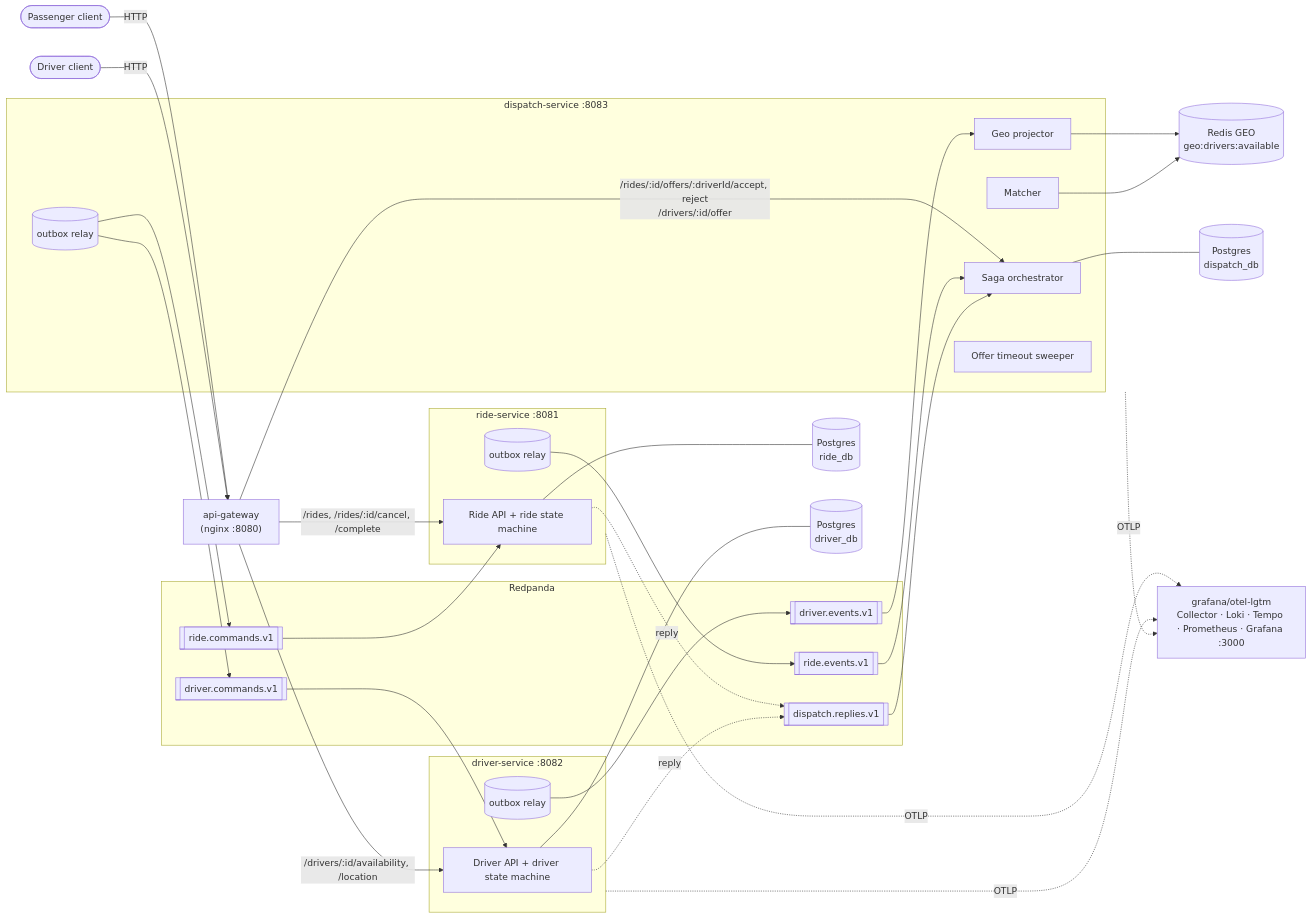
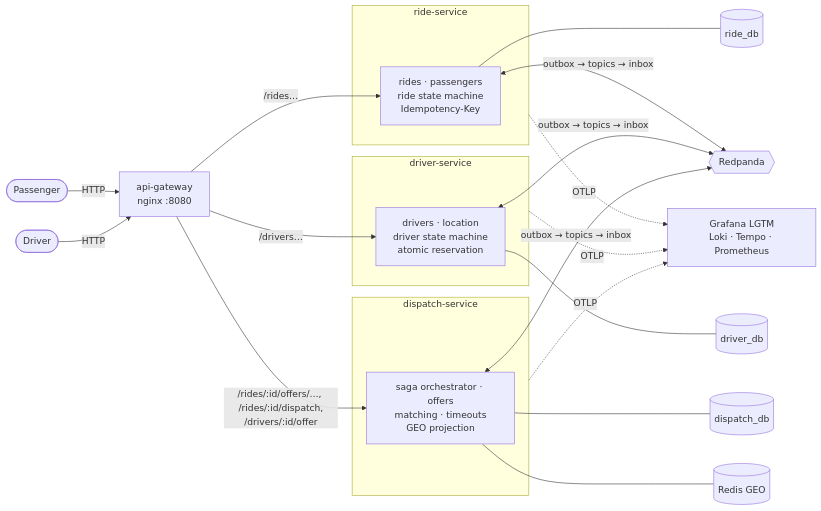
The second of 8 diagrams in coding-challenge-3/kvp/docs/architecture.md (khoaphan-tw/coding-challenges), drawn with Mermaid before and after one commit. The commit also changed other lines of this file and 25 other files, not shown here.

````diff
--- a/coding-challenge-3/kvp/docs/architecture.md
+++ b/coding-challenge-3/kvp/docs/architecture.md
@@ -11,55 +57,31 @@
 ```mermaid
 flowchart LR
-    P([Passenger client]) -->|HTTP| GW
-    D([Driver client]) -->|HTTP| GW
+    P([Passenger]) -->|HTTP| GW
+    D([Driver]) -->|HTTP| GW
+    GW["api-gateway<br/>nginx :8080"]
 
-    GW["api-gateway<br/>(nginx :8080)"]
-
-    subgraph RS[ride-service :8081]
-      RAPI[Ride API + ride state machine]
-      ROB[(outbox relay)]
+    subgraph RS[ride-service]
+      RAPI[rides · passengers<br/>ride state machine<br/>Idempotency-Key]
     end
-    subgraph DS[driver-service :8082]
-      DAPI[Driver API + driver state machine]
-      DOB[(outbox relay)]
+    subgraph DS[driver-service]
+      DAPI[drivers · location<br/>driver state machine<br/>atomic reservation]
     end
-    subgraph XS[dispatch-service :8083]
-      ORCH[Saga orchestrator]
-      MATCH[Matcher]
-      PROJ[Geo projector]
-      TMO[Offer timeout sweeper]
-      XOB[(outbox relay)]
+    subgraph XS[dispatch-service]
+      ORCH[saga orchestrator · offers<br/>matching · timeouts<br/>GEO projection]
     end
 
-    GW -->|/rides, /rides/:id/cancel, /complete| RAPI
-    GW -->|/drivers/:id/availability, /location| DAPI
-    GW -->|/rides/:id/offers/:driverId/accept, reject<br/>/drivers/:id/offer| ORCH
+    GW -->|/rides…| RAPI
+    GW -->|/drivers…| DAPI
+    GW -->|/rides/:id/offers/…, /rides/:id/dispatch,<br/>/drivers/:id/offer| ORCH
 
-    RAPI --- RDB[(Postgres<br/>ride_db)]
-    DAPI --- DDB[(Postgres<br/>driver_db)]
-    ORCH --- XDB[(Postgres<br/>dispatch_db)]
-    PROJ --> REDIS[(Redis GEO<br/>geo:drivers:available)]
-    MATCH --> REDIS
+    RAPI --- RDB[(ride_db)]
+    DAPI --- DDB[(driver_db)]
+    ORCH --- XDB[(dispatch_db)]
+    ORCH --- REDIS[(Redis GEO)]
 
-    subgraph RP[Redpanda]
-      T1[[ride.events.v1]]
-      T2[[driver.events.v1]]
-      T3[[ride.commands.v1]]
-      T4[[driver.commands.v1]]
-      T5[[dispatch.replies.v1]]
-    end
+    RAPI <-->|outbox → topics → inbox| RP{{Redpanda}}
+    DAPI <-->|outbox → topics → inbox| RP
+    ORCH <-->|outbox → topics → inbox| RP
 
-    ROB --> T1
-    DOB --> T2
-    XOB --> T3
-    XOB --> T4
-    RAPI -.reply.-> T5
-    DAPI -.reply.-> T5
-    T1 --> ORCH
-    T2 --> PROJ
-    T5 --> ORCH
-    T3 --> RAPI
-    T4 --> DAPI
-
-    RS & DS & XS -.OTLP.-> OTEL["grafana/otel-lgtm<br/>Collector · Loki · Tempo · Prometheus · Grafana :3000"]
+    RS & DS & XS -.OTLP.-> LGTM["Grafana LGTM<br/>Loki · Tempo · Prometheus"]
 ```
````
